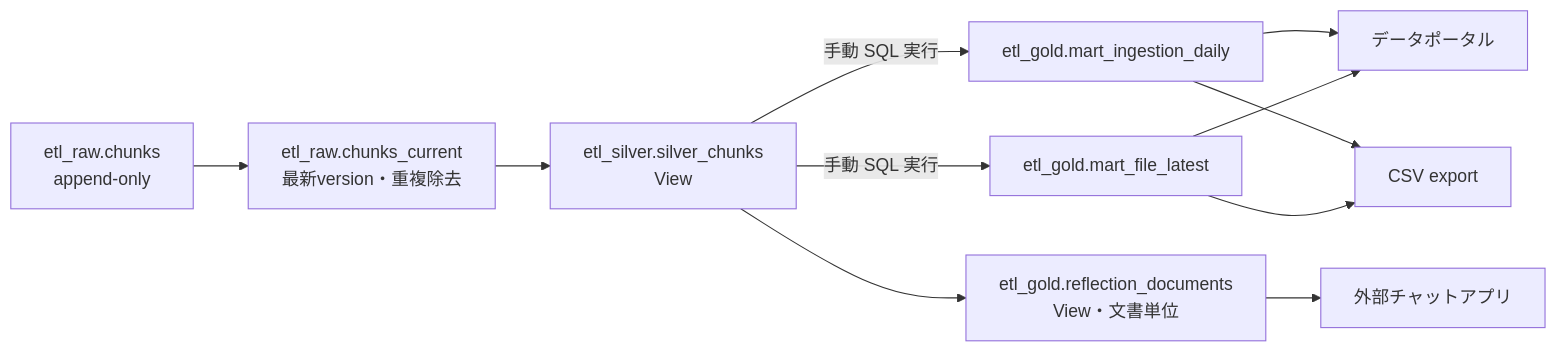
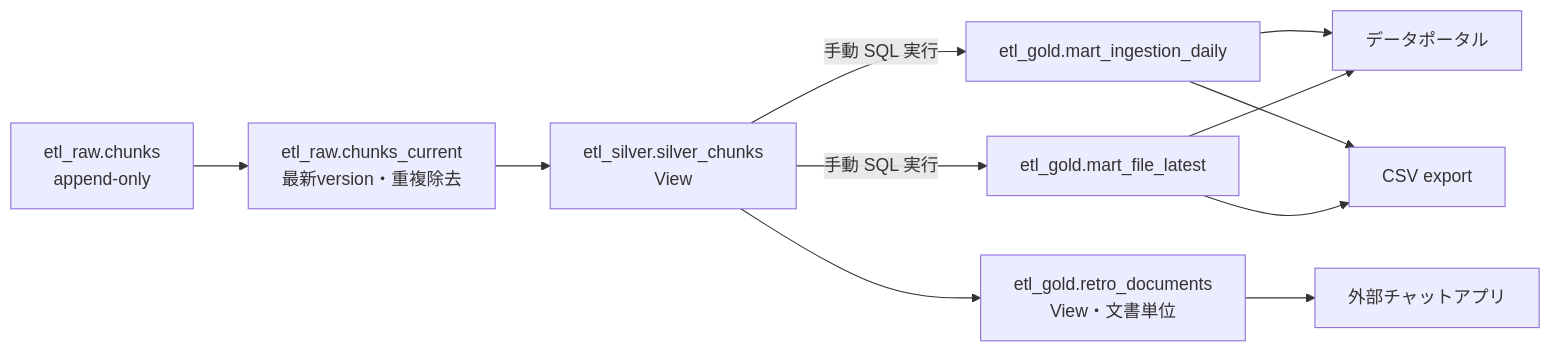
Before and after one commit to qei-2027-700/go-drive-etl: the diagram in docs/architecture.md, drawn with Mermaid. The commit also changed other lines of this file and 33 other files, not shown here.

````diff
--- a/docs/architecture.md
+++ b/docs/architecture.md
@@ -153,13 +153,13 @@
 ```mermaid
 flowchart LR
   chunks["etl_raw.chunks\nappend-only"] --> current["etl_raw.chunks_current\n最新version・重複除去"]
   current --> silver["etl_silver.silver_chunks\nView"]
   silver -->|"手動 SQL 実行"| daily["etl_gold.mart_ingestion_daily"]
   silver -->|"手動 SQL 実行"| latest["etl_gold.mart_file_latest"]
-  silver --> documents["etl_gold.reflection_documents\nView・文書単位"]
+  silver --> documents["etl_gold.retro_documents\nView・文書単位"]
   documents --> chat["外部チャットアプリ"]
   daily --> looker["データポータル"]
   daily --> export["CSV export"]
   latest --> looker
   latest --> export
 ```
````
